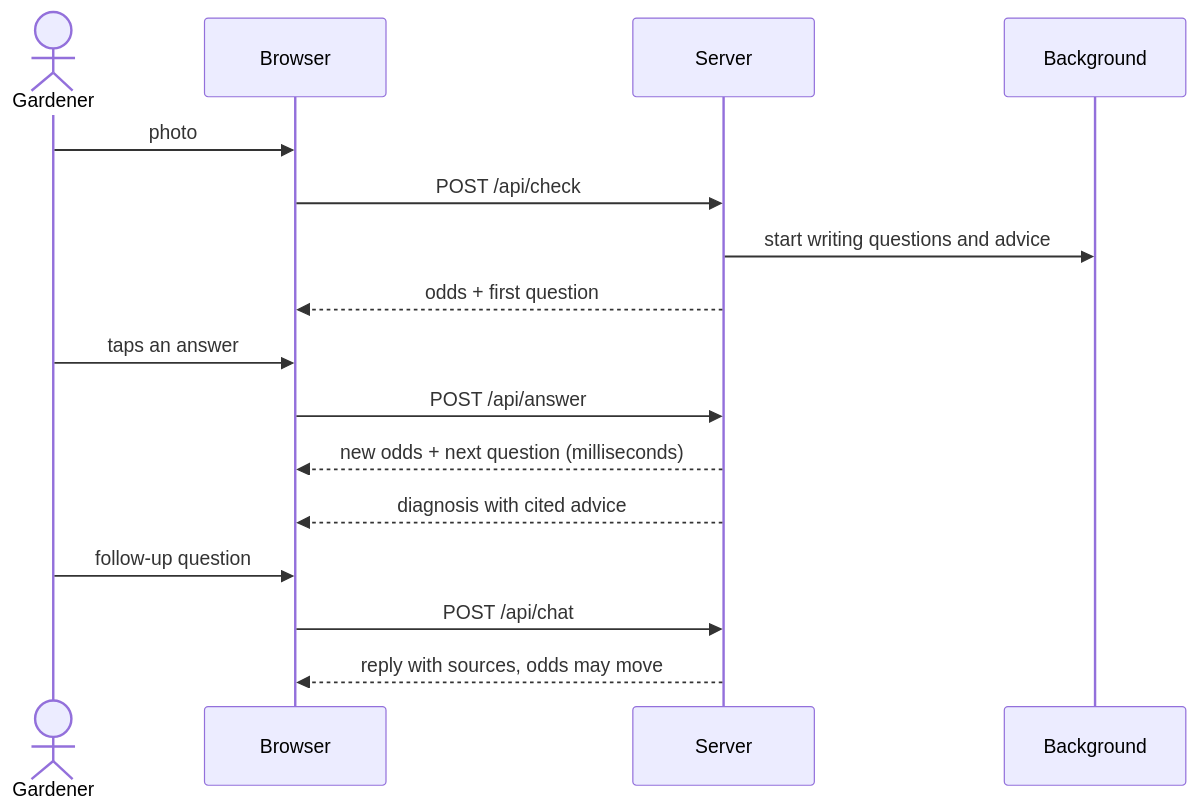
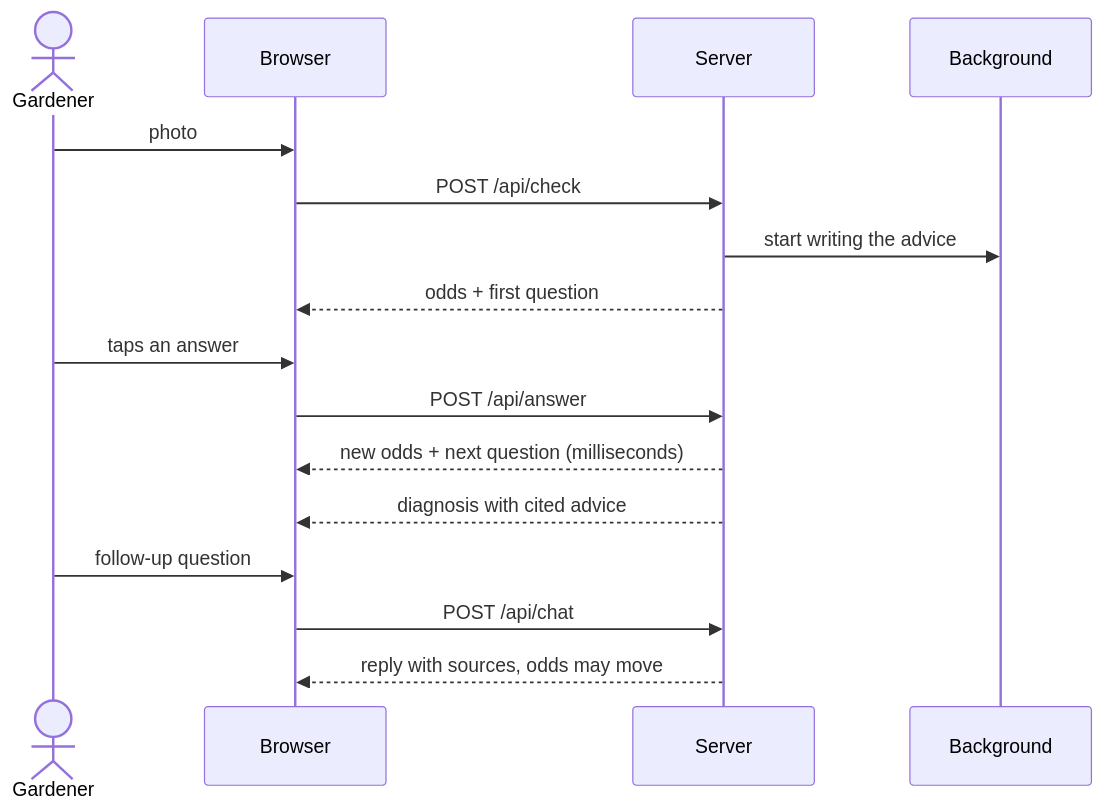
The third of 10 diagrams in README.md (aakashksen/sprout), drawn with Mermaid before and after one commit. The commit also changed other lines of this file and 10 other files, not shown here.

Commit message:
Describe the follow-up question engine (E18) in the README, site and architecture pages; fix test count and split wording

````diff
--- a/README.md
+++ b/README.md
@@ -87,18 +89,18 @@
 ```mermaid
 sequenceDiagram
     actor G as Gardener
     participant B as Browser
     participant S as Server
     participant W as Background
     G->>B: photo
     B->>S: POST /api/check
-    S->>W: start writing questions and advice
+    S->>W: start writing the advice
     S-->>B: odds + first question
     G->>B: taps an answer
     B->>S: POST /api/answer
     S-->>B: new odds + next question (milliseconds)
     S-->>B: diagnosis with cited advice
     G->>B: follow-up question
     B->>S: POST /api/chat
     S-->>B: reply with sources, odds may move
 ```
````
